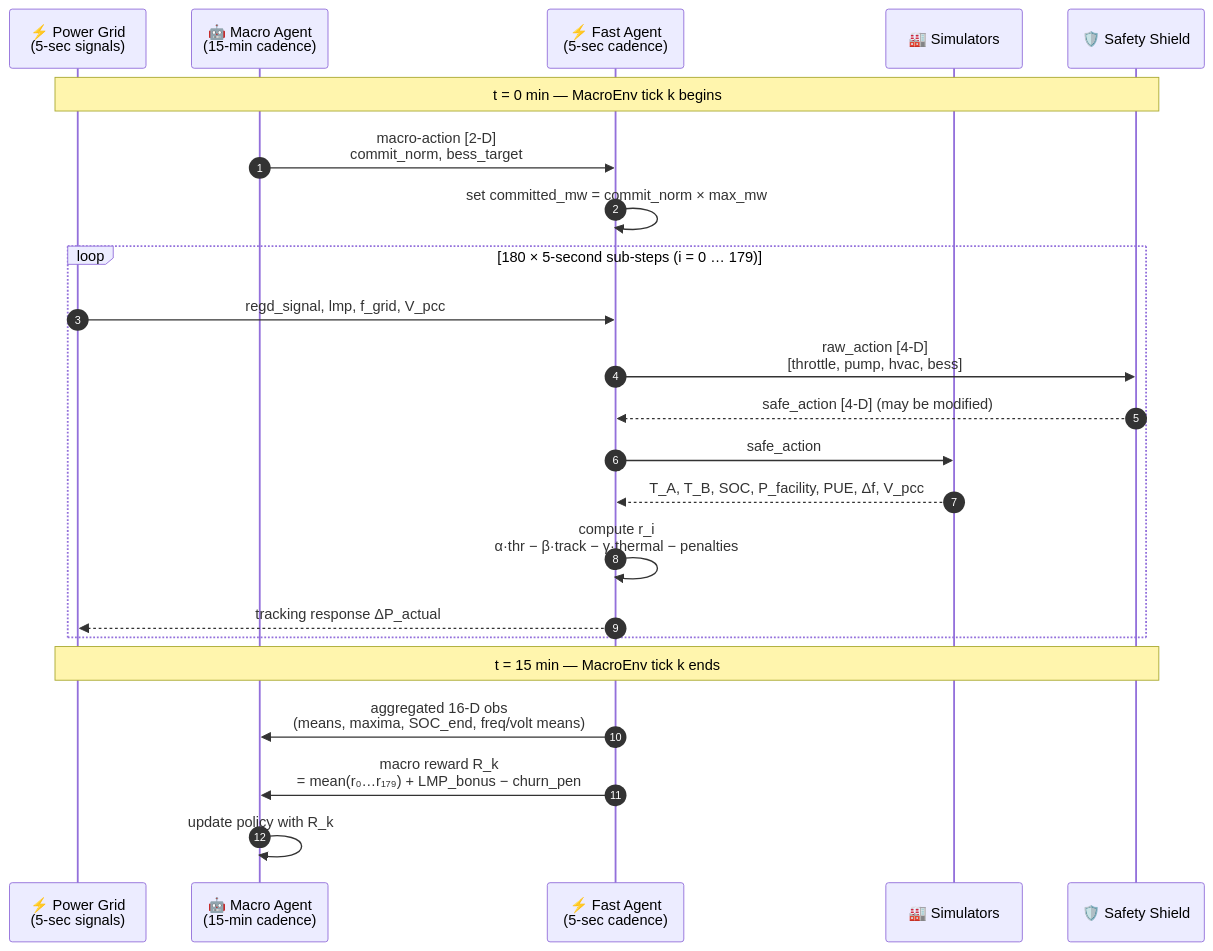
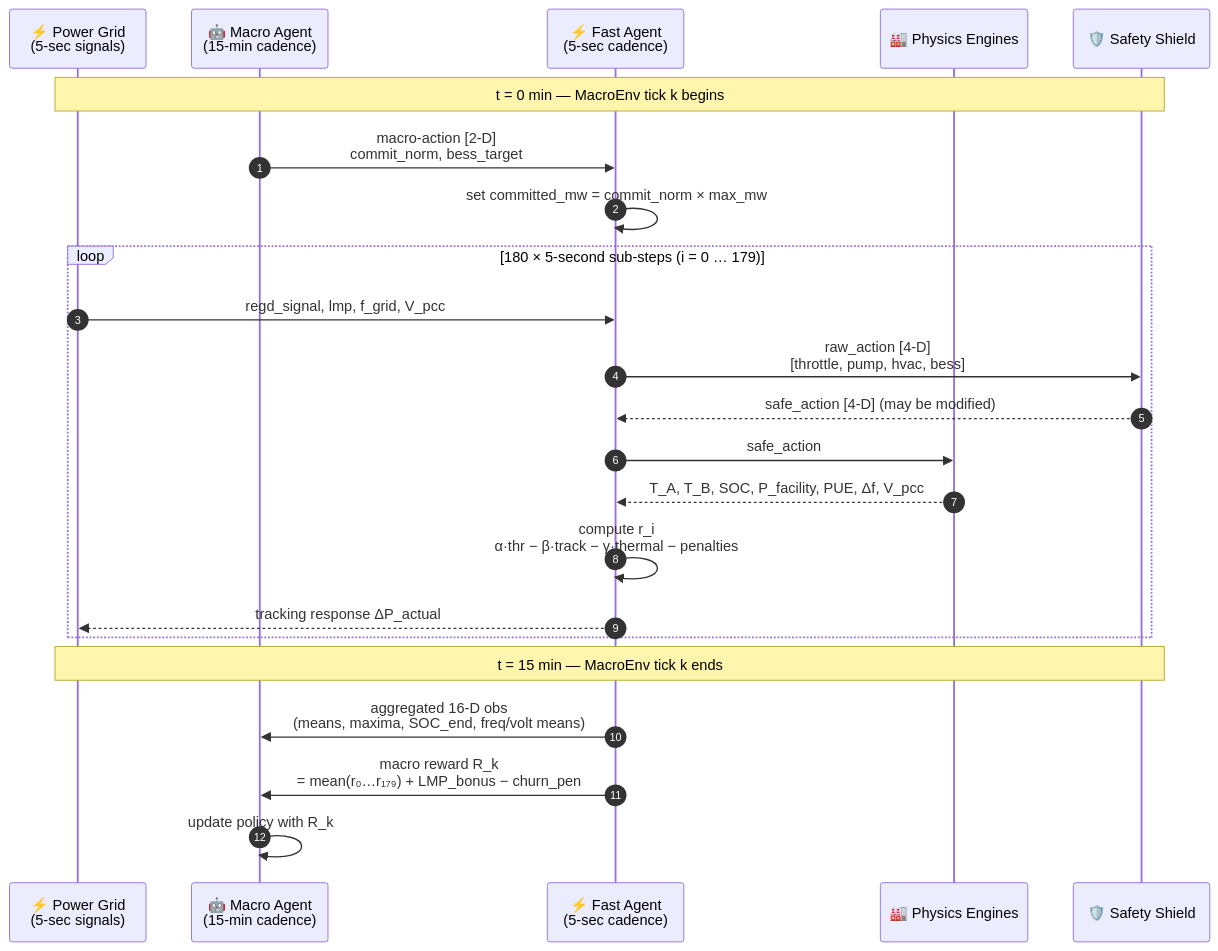
The fifth of 9 diagrams in README.md (HewlettPackard/c2g-bench), drawn with Mermaid before and after one commit. The commit also changed other lines of this file and 37 other files, not shown here.

First line of the commit message:
refactor: rename simulators/ → physics/ to clarify 2-env vs 7-engine structure

````diff
--- a/README.md
+++ b/README.md
@@ -300,30 +300,30 @@
 ```mermaid
 sequenceDiagram
     autonumber
     participant Grid as ⚡ Power Grid<br/>(5-sec signals)
     participant Macro as 🤖 Macro Agent<br/>(15-min cadence)
     participant Fast as ⚡ Fast Agent<br/>(5-sec cadence)
-    participant Sim as 🏭 Simulators
+    participant Sim as 🏭 Physics Engines
     participant Shield as 🛡️ Safety Shield
 
     note over Grid,Shield: t = 0 min — MacroEnv tick k begins
 
     Macro->>Fast: macro-action [2-D]<br/>commit_norm, bess_target
     Fast->>Fast: set committed_mw = commit_norm × max_mw
 
     loop 180 × 5-second sub-steps (i = 0 … 179)
         Grid->>Fast: regd_signal, lmp, f_grid, V_pcc
         Fast->>Shield: raw_action [4-D]<br/>[throttle, pump, hvac, bess]
         Shield-->>Fast: safe_action [4-D] (may be modified)
         Fast->>Sim: safe_action
         Sim-->>Fast: T_A, T_B, SOC, P_facility, PUE, Δf, V_pcc
         Fast->>Fast: compute r_i<br/>α·thr − β·track − γ·thermal − penalties
         Fast-->>Grid: tracking response ΔP_actual
     end
 
     note over Grid,Shield: t = 15 min — MacroEnv tick k ends
 
     Fast->>Macro: aggregated 16-D obs<br/>(means, maxima, SOC_end, freq/volt means)
     Fast->>Macro: macro reward R_k<br/>= mean(r₀…r₁₇₉) + LMP_bonus − churn_pen
     Macro->>Macro: update policy with R_k
 ```
````
